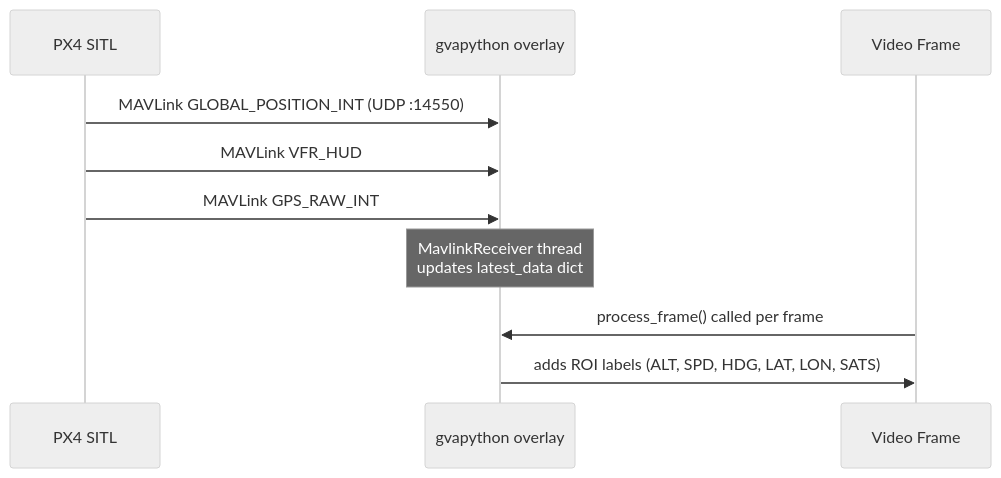
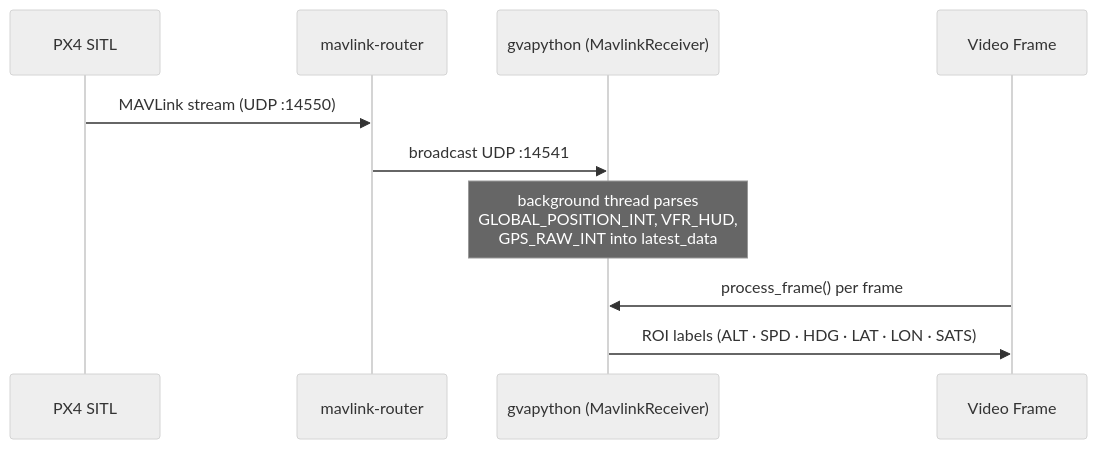
Before and after one commit to open-edge-platform/edge-ai-suites: the third of 6 diagrams in federal-aerospace/docs/uav-vision-analytics/overview.md, drawn with Mermaid (neutral theme). The commit also changed other lines of this file and 7 other files, not shown here.

````diff
--- a/federal-aerospace/docs/uav-vision-analytics/overview.md
+++ b/federal-aerospace/docs/uav-vision-analytics/overview.md
@@ -45,13 +78,13 @@
 ```mermaid
 sequenceDiagram
     participant PX4 as PX4 SITL
-    participant OVL as gvapython overlay
+    participant RTR as mavlink-router
+    participant OVL as gvapython (MavlinkReceiver)
     participant Frame as Video Frame
 
-    PX4->>OVL: MAVLink GLOBAL_POSITION_INT (UDP :14550)
-    PX4->>OVL: MAVLink VFR_HUD
-    PX4->>OVL: MAVLink GPS_RAW_INT
-    Note over OVL: MavlinkReceiver thread<br/>updates latest_data dict
-    Frame->>OVL: process_frame() called per frame
-    OVL->>Frame: adds ROI labels (ALT, SPD, HDG, LAT, LON, SATS)
+    PX4->>RTR: MAVLink stream (UDP :14550)
+    RTR->>OVL: broadcast UDP :14541
+    Note over OVL: background thread parses<br/>GLOBAL_POSITION_INT, VFR_HUD,<br/>GPS_RAW_INT into latest_data
+    Frame->>OVL: process_frame() per frame
+    OVL->>Frame: ROI labels (ALT · SPD · HDG · LAT · LON · SATS)
 ```
````
